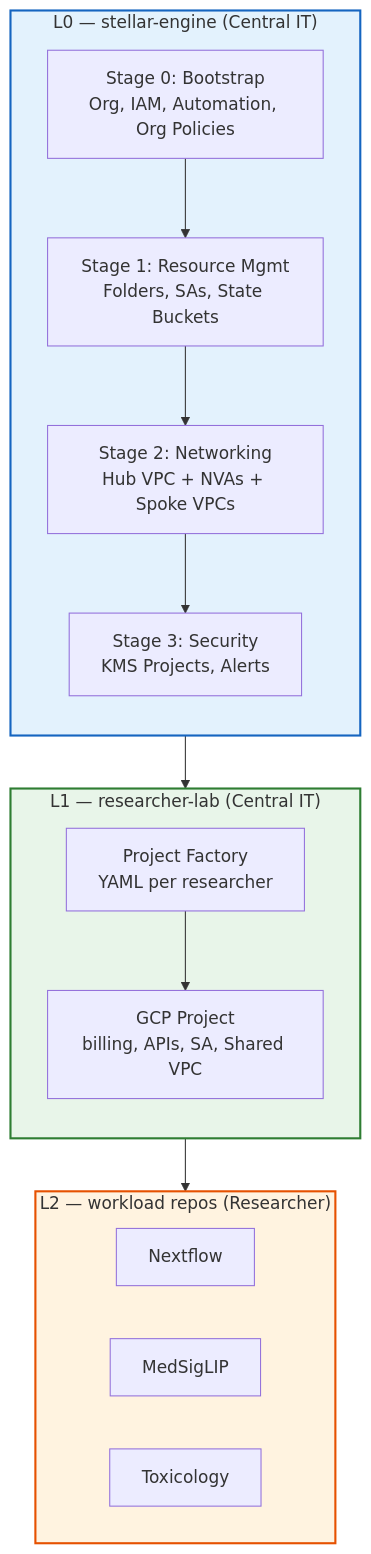
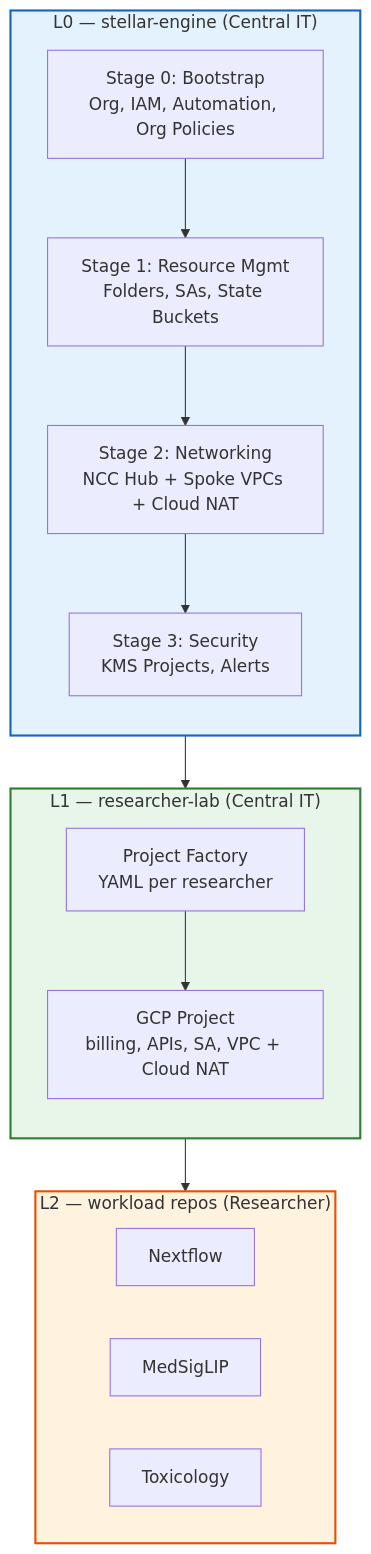
One commit to WandLZhang/fast-science-0-stellar-engine changed the first of 4 diagrams in README.md. Above: the diagram before and after it, drawn with Mermaid. The commit also changed other lines of this file and 171 other files, not shown here.

First line of the commit message:
Add CFF upstream NCC networking, update all docs for NCC topology

````diff
--- a/README.md
+++ b/README.md
@@ -11,31 +11,31 @@
 ```mermaid
 graph TB
     subgraph L0["L0 — stellar-engine (Central IT)"]
         direction TB
         S0["Stage 0: Bootstrap<br/>Org, IAM, Automation, Org Policies"]
         S1["Stage 1: Resource Mgmt<br/>Folders, SAs, State Buckets"]
-        S2["Stage 2: Networking<br/>Hub VPC + NVAs + Spoke VPCs"]
+        S2["Stage 2: Networking<br/>NCC Hub + Spoke VPCs + Cloud NAT"]
         S3["Stage 3: Security<br/>KMS Projects, Alerts"]
         S0 --> S1 --> S2 --> S3
     end
 
     subgraph L1["L1 — researcher-lab (Central IT)"]
         direction TB
         PF["Project Factory<br/>YAML per researcher"]
-        PF --> PROJ["GCP Project<br/>billing, APIs, SA, Shared VPC"]
+        PF --> PROJ["GCP Project<br/>billing, APIs, SA, VPC + Cloud NAT"]
     end
 
     subgraph L2["L2 — workload repos (Researcher)"]
         direction LR
         BP1["Nextflow"]
         BP2["MedSigLIP"]
         BP3["Toxicology"]
     end
 
     S3 --> L1
     PROJ --> L2
 
     style L0 fill:#e3f2fd,stroke:#1565c0,stroke-width:2px
     style L1 fill:#e8f5e9,stroke:#2e7d32,stroke-width:2px
     style L2 fill:#fff3e0,stroke:#e65100,stroke-width:2px
 ```
````
